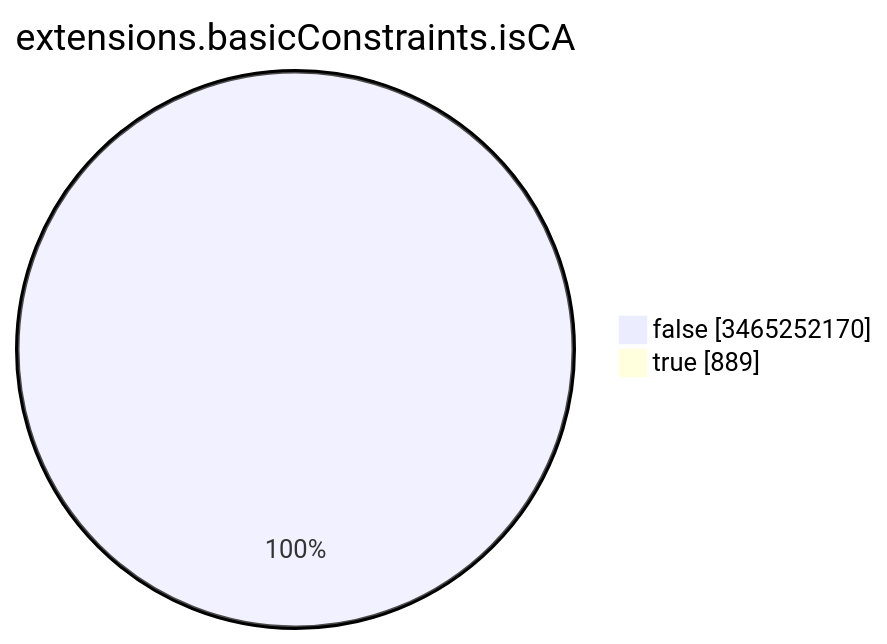
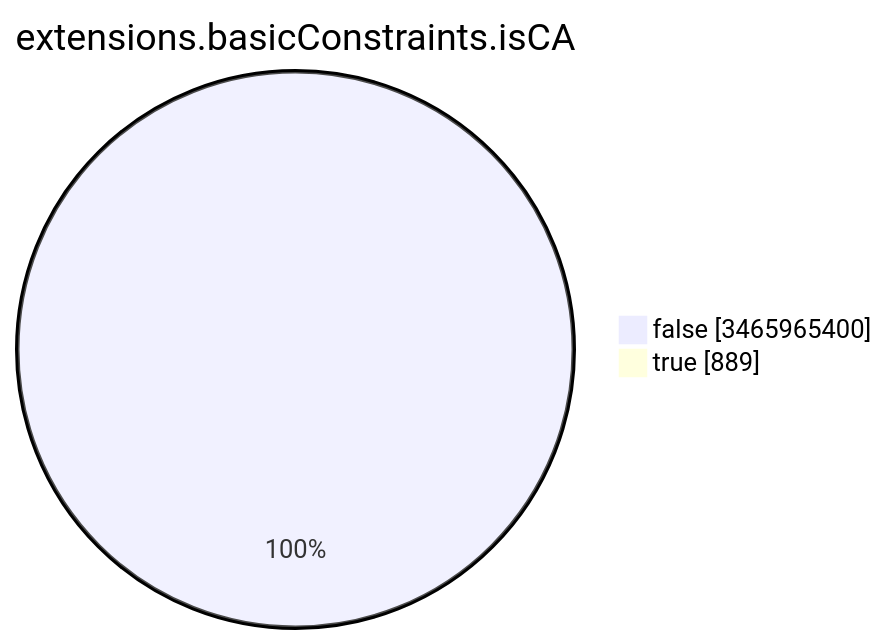
One commit to christiankrug/ctmonitor_visualization changed the seventh of 15 diagrams in TOTAL/README.md. Above: the diagram before and after it, drawn with Mermaid. The commit also changed other lines of this file, not shown here.

````diff
--- a/TOTAL/README.md
+++ b/TOTAL/README.md
@@ -3093,6 +3093,6 @@
 ```mermaid
 pie showData
 title extensions.basicConstraints.isCA
-"false" :3465252170
+"false" :3465965400
 "true" :889
 ```
````
